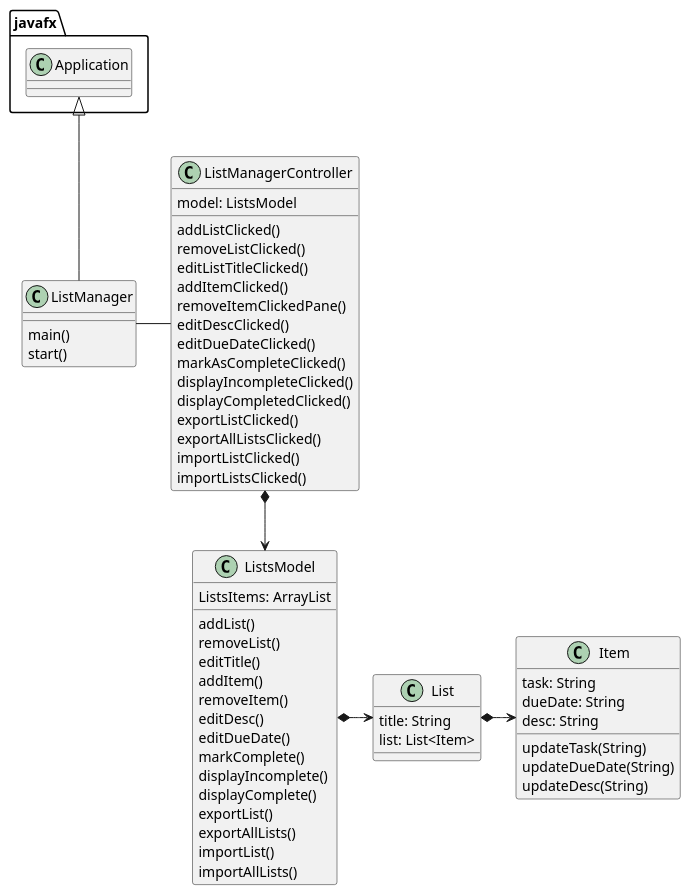
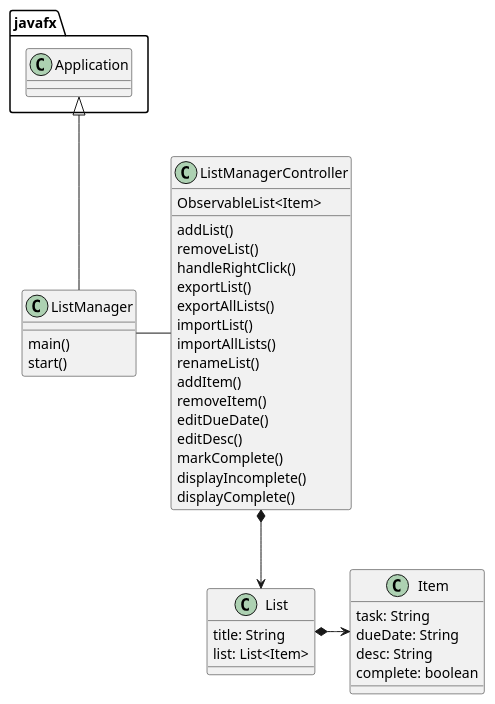
The diagram in uml/ClassDiagram.puml (liamp616/pido-cop3330-assignment4), drawn with PlantUML before and after one commit. The commit also changed 7 other files, not shown here.

```diff
--- a/uml/ClassDiagram.puml
+++ b/uml/ClassDiagram.puml
@@ -1,69 +1,49 @@
 @startuml
 'https://plantuml.com/class-diagram
 
 class ListManager {
     main()
     start()
 }
 
 class ListManagerController {
-    model: ListsModel
-
-    addListClicked()
-    removeListClicked()
-    editListTitleClicked()
-    addItemClicked()
-    removeItemClickedPane()
-    editDescClicked()
-    editDueDateClicked()
-    markAsCompleteClicked()
-    displayIncompleteClicked()
-    displayCompletedClicked()
-    exportListClicked()
-    exportAllListsClicked()
-    importListClicked()
-    importListsClicked()
-}
-
-class ListsModel {
-    ListsItems: ArrayList
+    ObservableList<Item>
 
     addList()
     removeList()
-    editTitle()
-    addItem()
-    removeItem()
-    editDesc()
-    editDueDate()
-    markComplete()
-    displayIncomplete()
-    displayComplete()
+    handleRightClick()
     exportList()
     exportAllLists()
     importList()
     importAllLists()
+    renameList()
+    addItem()
+    removeItem()
+    editDueDate()
+    editDesc()
+    markComplete()
+    displayIncomplete()
+    displayComplete()
 }
+
 
 class Item {
     task: String
     dueDate: String
     desc: String
-
-    updateTask(String)
-    updateDueDate(String)
-    updateDesc(String)
+    complete: boolean
 }
 
 class List {
     title: String
     list: List<Item>
 }
 
 javafx.Application <|-- ListManager
 
 ListManager - ListManagerController
-ListManagerController *--> ListsModel
-ListsModel *-> List
+ListManagerController *--> List
+
 List *-> Item
 
 @enduml
```
